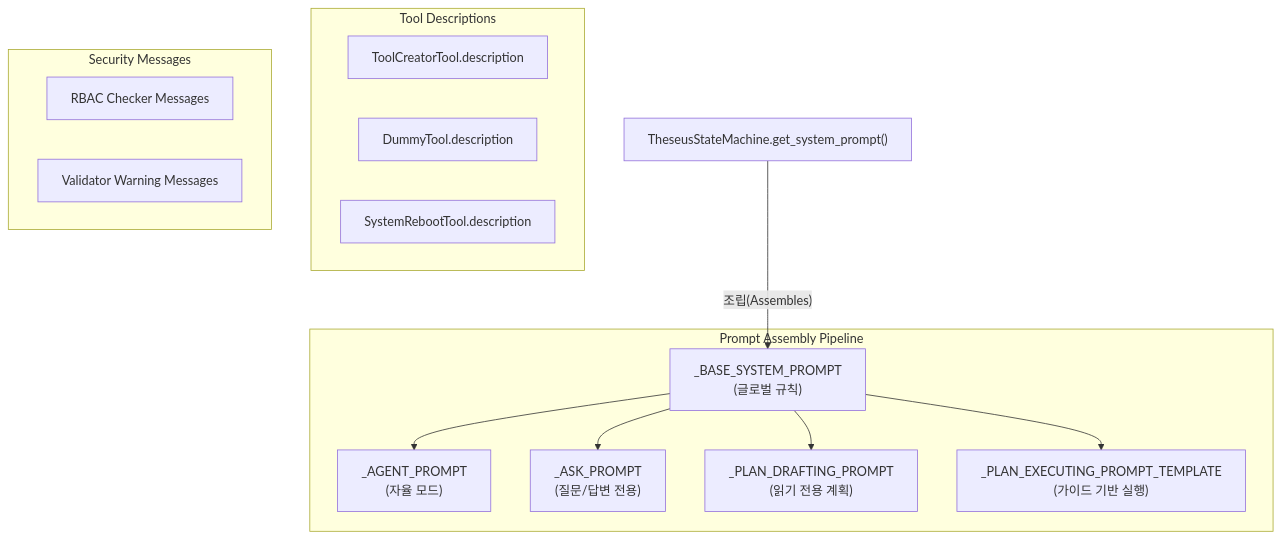
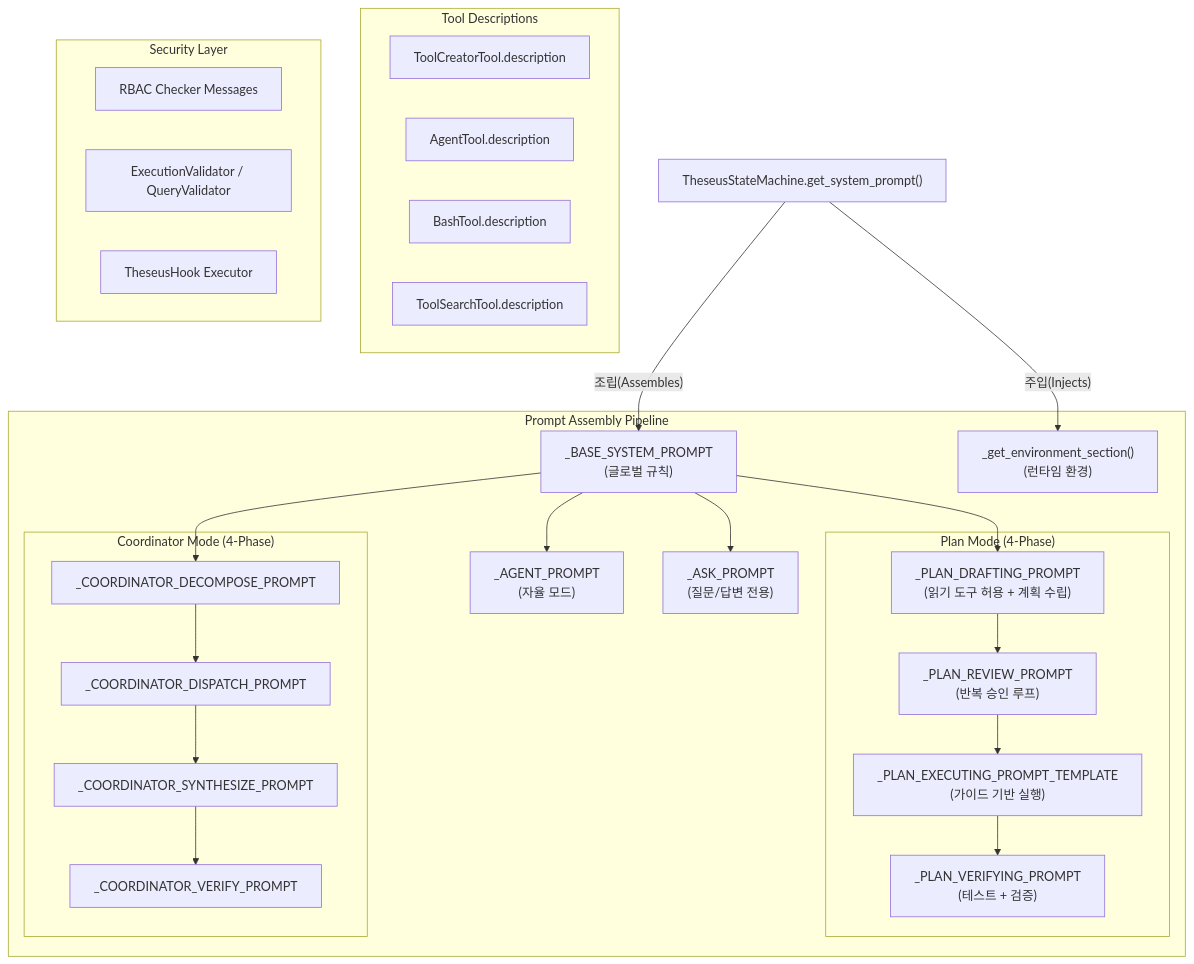
Before and after one commit to 5starss/theseus: the diagram in backend/theseus-core-server/docs/prompt/prompt_architecture_map.md, drawn with Mermaid. The commit also changed other lines of this file and 18 other files, not shown here.

````diff
--- a/backend/theseus-core-server/docs/prompt/prompt_architecture_map.md
+++ b/backend/theseus-core-server/docs/prompt/prompt_architecture_map.md
@@ -75,24 +183,45 @@
 ```mermaid
 graph TB
     subgraph "Prompt Assembly Pipeline"
         BASE["_BASE_SYSTEM_PROMPT<br/>(글로벌 규칙)"]
+        ENV["_get_environment_section()<br/>(런타임 환경)"]
         
         BASE --> AGENT["_AGENT_PROMPT<br/>(자율 모드)"]
         BASE --> ASK["_ASK_PROMPT<br/>(질문/답변 전용)"]
-        BASE --> PLAN_D["_PLAN_DRAFTING_PROMPT<br/>(읽기 전용 계획)"]
-        BASE --> PLAN_E["_PLAN_EXECUTING_PROMPT_TEMPLATE<br/>(가이드 기반 실행)"]
+        
+        subgraph "Plan Mode (4-Phase)"
+            PLAN_D["_PLAN_DRAFTING_PROMPT<br/>(읽기 도구 허용 + 계획 수립)"]
+            PLAN_R["_PLAN_REVIEW_PROMPT<br/>(반복 승인 루프)"]
+            PLAN_E["_PLAN_EXECUTING_PROMPT_TEMPLATE<br/>(가이드 기반 실행)"]
+            PLAN_V["_PLAN_VERIFYING_PROMPT<br/>(테스트 + 검증)"]
+            PLAN_D --> PLAN_R --> PLAN_E --> PLAN_V
+        end
+        
+        subgraph "Coordinator Mode (4-Phase)"
+            COORD_D["_COORDINATOR_DECOMPOSE_PROMPT"]
+            COORD_P["_COORDINATOR_DISPATCH_PROMPT"]
+            COORD_S["_COORDINATOR_SYNTHESIZE_PROMPT"]
+            COORD_V["_COORDINATOR_VERIFY_PROMPT"]
+            COORD_D --> COORD_P --> COORD_S --> COORD_V
+        end
+        
+        BASE --> PLAN_D
+        BASE --> COORD_D
     end
     
     subgraph "Tool Descriptions"
         TD1["ToolCreatorTool.description"]
-        TD2["DummyTool.description"]
-        TD3["SystemRebootTool.description"]
+        TD2["AgentTool.description"]
+        TD3["BashTool.description"]
+        TD4["ToolSearchTool.description"]
     end
     
-    subgraph "Security Messages"
+    subgraph "Security Layer"
         RBAC["RBAC Checker Messages"]
-        VAL["Validator Warning Messages"]
+        VAL["ExecutionValidator / QueryValidator"]
+        HOOK["TheseusHook Executor"]
     end
     
     SM["TheseusStateMachine.get_system_prompt()"] --> |"조립(Assembles)"| BASE
+    SM --> |"주입(Injects)"| ENV
 ```
````
